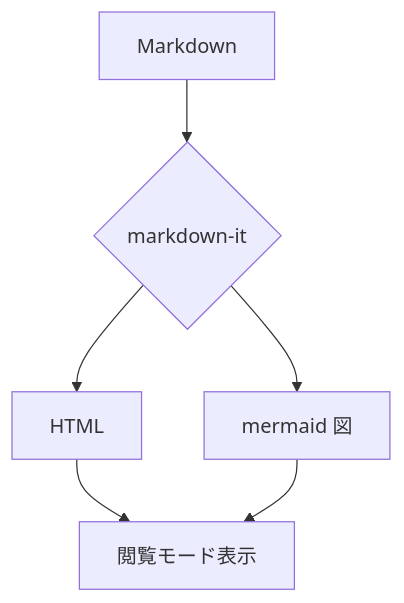
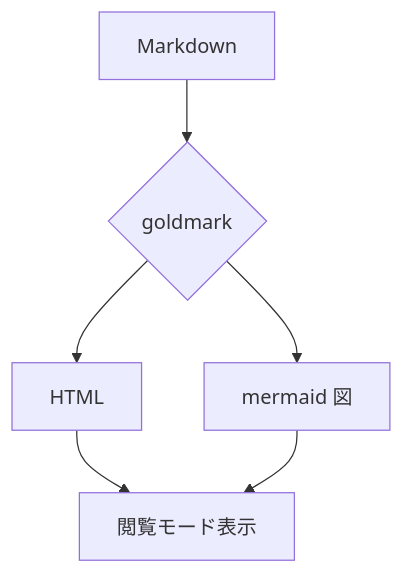
Before and after one commit to osakichi/Markmiru: the diagram in sample.md, drawn with Mermaid. The commit also changed other lines of this file and 6 other files, not shown here.

````diff
--- a/sample.md
+++ b/sample.md
@@ -44,8 +44,8 @@
 ```mermaid
 graph TD
-  A[Markdown] --> B{markdown-it}
+  A[Markdown] --> B{goldmark}
   B --> C[HTML]
   B --> D[mermaid 図]
   C --> E[閲覧モード表示]
   D --> E
 ```
````
